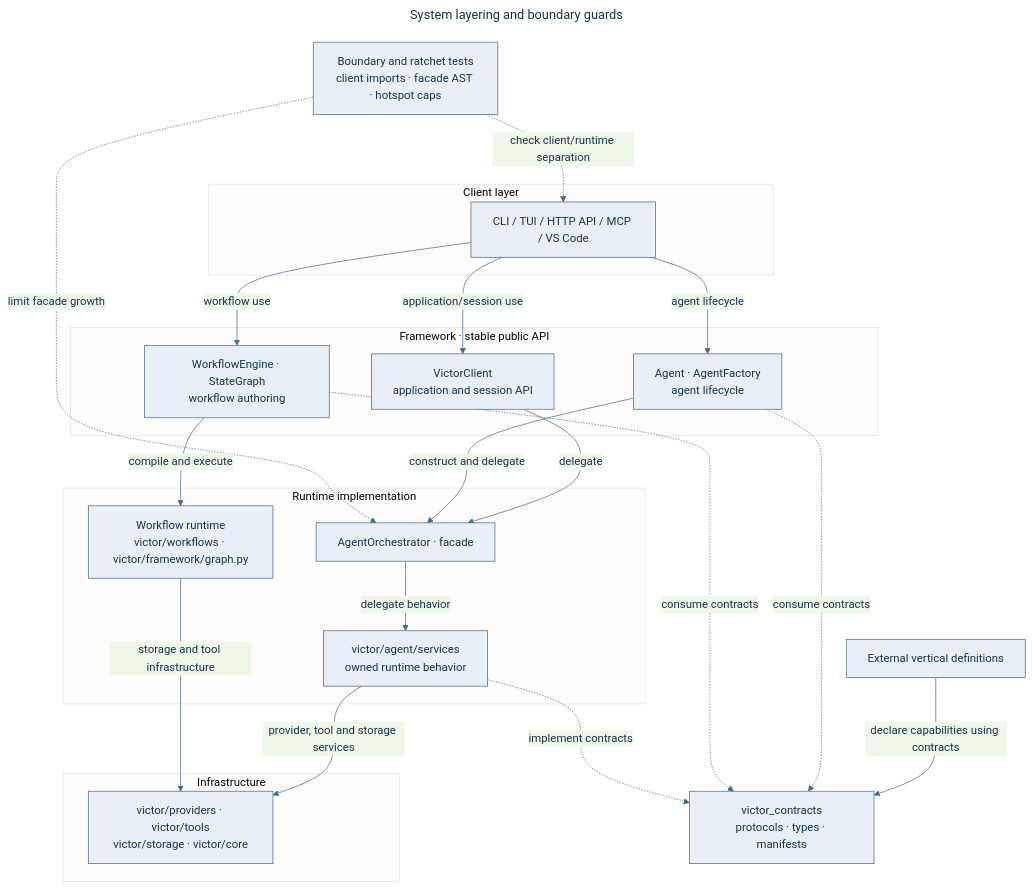
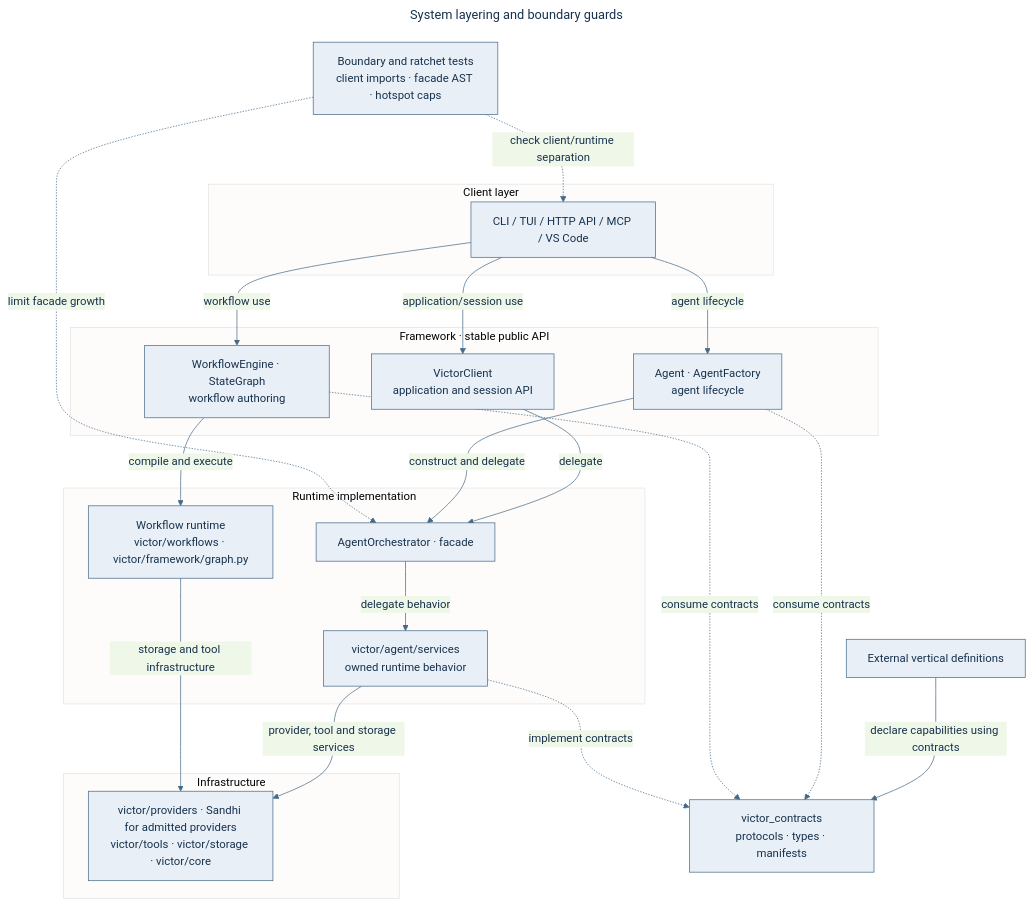
Before and after one commit to anvai-labs/victor: the first of 13 diagrams in docs/architecture.md, drawn with Mermaid. The commit also changed other lines of this file and 6 other files, not shown here.

Commit message:
docs: reconcile Sandhi provider architecture

````diff
--- a/docs/architecture.md
+++ b/docs/architecture.md
@@ -32,41 +35,41 @@
 ```mermaid
 ---
 title: System layering and boundary guards
 ---
 %%{init: {"theme":"base","themeVariables":{"primaryColor":"#E8EFF7","primaryTextColor":"#17324D","primaryBorderColor":"#456987","lineColor":"#456987","fontFamily":"Arial"}}}%%
 flowchart TB
   subgraph CL["Client layer"]
     C["CLI / TUI / HTTP API / MCP / VS Code"]
   end
   subgraph FW["Framework · stable public API"]
     VC["VictorClient<br/>application and session API"]
     AG["Agent · AgentFactory<br/>agent lifecycle"]
     API["WorkflowEngine · StateGraph<br/>workflow authoring"]
   end
   subgraph RT["Runtime implementation"]
     FAC["AgentOrchestrator · facade"]
     SVC["victor/agent/services<br/>owned runtime behavior"]
     WRT["Workflow runtime<br/>victor/workflows · victor/framework/graph.py"]
   end
   subgraph INF["Infrastructure"]
-    I["victor/providers · victor/tools<br/>victor/storage · victor/core"]
+    I["victor/providers · Sandhi for admitted providers<br/>victor/tools · victor/storage · victor/core"]
   end
   V["External vertical definitions"]
   SDK["victor_contracts<br/>protocols · types · manifests"]
   GUARD["Boundary and ratchet tests<br/>client imports · facade AST · hotspot caps"]
   C -->|"application/session use"| VC
   C -->|"agent lifecycle"| AG
   C -->|"workflow use"| API
   VC -->|"delegate"| FAC
   AG -->|"construct and delegate"| FAC
   API -->|"compile and execute"| WRT
   FAC -->|"delegate behavior"| SVC
   SVC -->|"provider, tool and storage services"| I
   WRT -->|"storage and tool infrastructure"| I
   V -->|"declare capabilities using contracts"| SDK
   AG -.->|"consume contracts"| SDK
   API -.->|"consume contracts"| SDK
   SVC -.->|"implement contracts"| SDK
   GUARD -.->|"check client/runtime separation"| C
   GUARD -.->|"limit facade growth"| FAC
 ```
````
